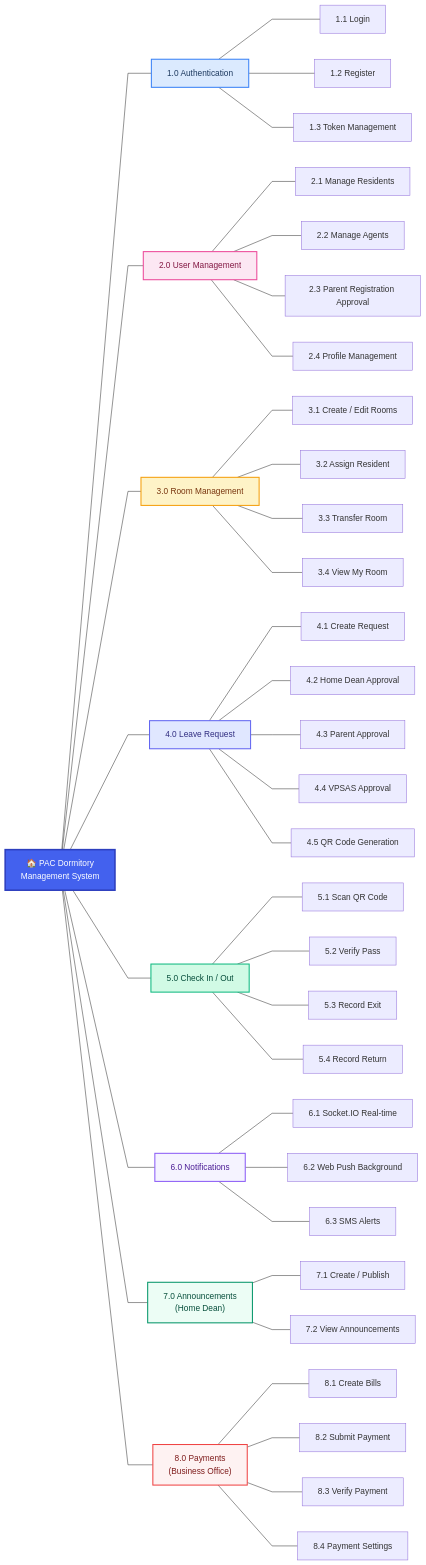
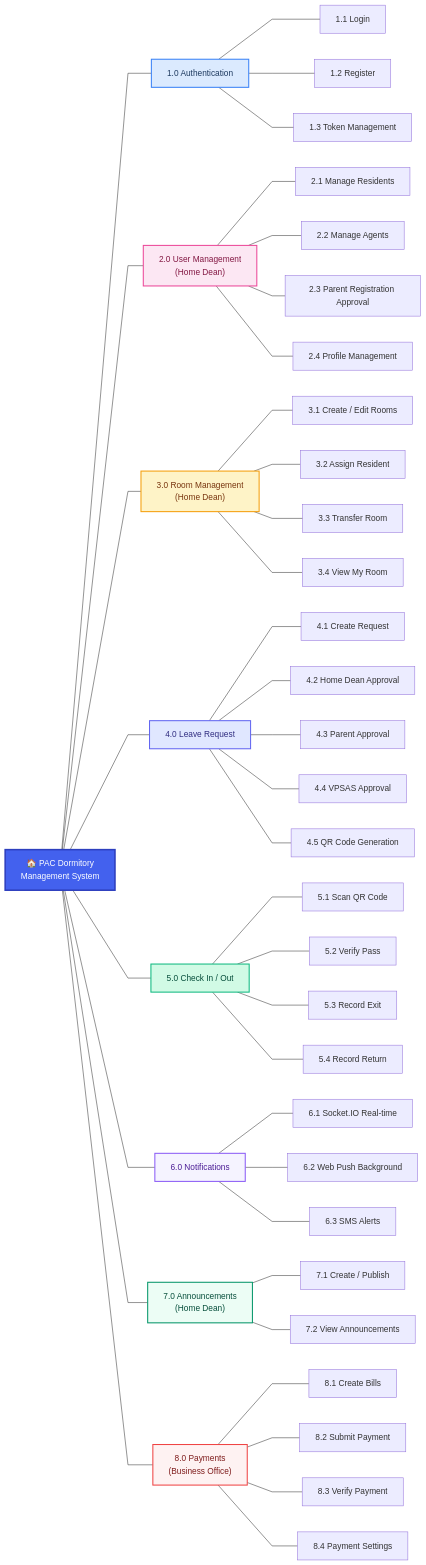
The diagram in docs/decomposition-diagram.mmd (manuelortega13/dormitory-management-system), drawn with Mermaid before and after one commit. The commit also changed 13 other files, not shown here.

First line of the commit message:
Remove Admin from diagrams, transfer functions to Home Dean

```diff
--- a/docs/decomposition-diagram.mmd
+++ b/docs/decomposition-diagram.mmd
@@ -1,62 +1,62 @@
 ---
 config:
   theme: default
   flowchart:
     curve: linear
 ---
 flowchart LR
     ROOT["🏠 PAC Dormitory<br/>Management System"] --- AUTH
     ROOT --- USERMGMT
     ROOT --- ROOM
     ROOT --- LEAVE
     ROOT --- CHECKINOUT
     ROOT --- NOTIF
     ROOT --- ANNOUNCE
     ROOT --- PAY
 
     AUTH["1.0 Authentication"] --- A1["1.1 Login"]
     AUTH --- A2["1.2 Register"]
     AUTH --- A3["1.3 Token Management"]
 
-    USERMGMT["2.0 User Management"] --- U1["2.1 Manage Residents"]
+    USERMGMT["2.0 User Management<br/>(Home Dean)"] --- U1["2.1 Manage Residents"]
     USERMGMT --- U2["2.2 Manage Agents"]
     USERMGMT --- U3["2.3 Parent Registration Approval"]
     USERMGMT --- U4["2.4 Profile Management"]
 
-    ROOM["3.0 Room Management"] --- R1["3.1 Create / Edit Rooms"]
+    ROOM["3.0 Room Management<br/>(Home Dean)"] --- R1["3.1 Create / Edit Rooms"]
     ROOM --- R2["3.2 Assign Resident"]
     ROOM --- R3["3.3 Transfer Room"]
     ROOM --- R4["3.4 View My Room"]
 
     LEAVE["4.0 Leave Request"] --- L1["4.1 Create Request"]
     LEAVE --- L2["4.2 Home Dean Approval"]
     LEAVE --- L3["4.3 Parent Approval"]
     LEAVE --- L4["4.4 VPSAS Approval"]
     LEAVE --- L5["4.5 QR Code Generation"]
 
     CHECKINOUT["5.0 Check In / Out"] --- C1["5.1 Scan QR Code"]
     CHECKINOUT --- C2["5.2 Verify Pass"]
     CHECKINOUT --- C3["5.3 Record Exit"]
     CHECKINOUT --- C4["5.4 Record Return"]
 
     NOTIF["6.0 Notifications"] --- N1["6.1 Socket.IO Real-time"]
     NOTIF --- N2["6.2 Web Push Background"]
     NOTIF --- N3["6.3 SMS Alerts"]
 
     ANNOUNCE["7.0 Announcements<br/>(Home Dean)"] --- AN1["7.1 Create / Publish"]
     ANNOUNCE --- AN2["7.2 View Announcements"]
 
     PAY["8.0 Payments<br/>(Business Office)"] --- P1["8.1 Create Bills"]
     PAY --- P2["8.2 Submit Payment"]
     PAY --- P3["8.3 Verify Payment"]
     PAY --- P4["8.4 Payment Settings"]
 
     style ROOT fill:#4361ee,stroke:#2d3fbe,stroke-width:3px,color:#fff
     style AUTH fill:#dbeafe,stroke:#3b82f6,stroke-width:2px,color:#1e3a5f
     style USERMGMT fill:#fce7f3,stroke:#ec4899,stroke-width:2px,color:#831843
     style ROOM fill:#fef3c7,stroke:#f59e0b,stroke-width:2px,color:#78350f
     style LEAVE fill:#e0e7ff,stroke:#6366f1,stroke-width:2px,color:#312e81
     style CHECKINOUT fill:#d1fae5,stroke:#10b981,stroke-width:2px,color:#064e3b
     style NOTIF fill:#f5f3ff,stroke:#8b5cf6,stroke-width:2px,color:#4c1d95
     style ANNOUNCE fill:#ecfdf5,stroke:#059669,stroke-width:2px,color:#064e3b
     style PAY fill:#fef2f2,stroke:#ef4444,stroke-width:2px,color:#7f1d1d
```
